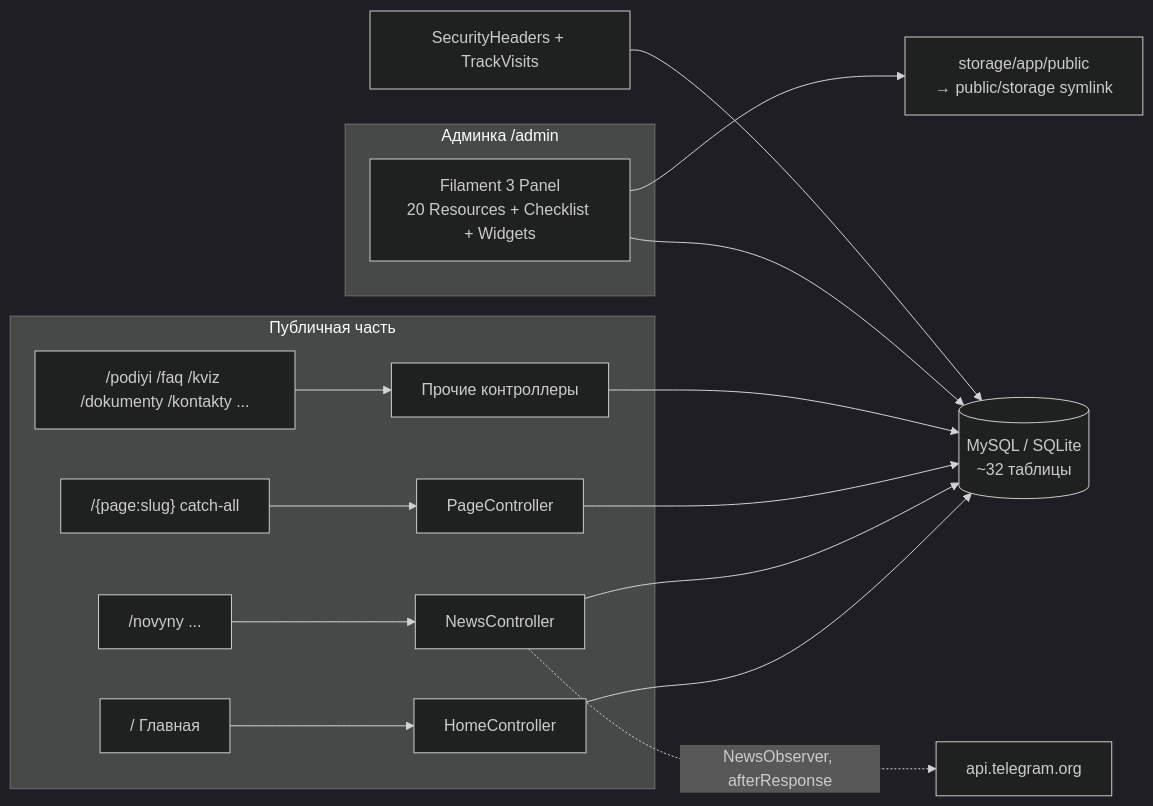
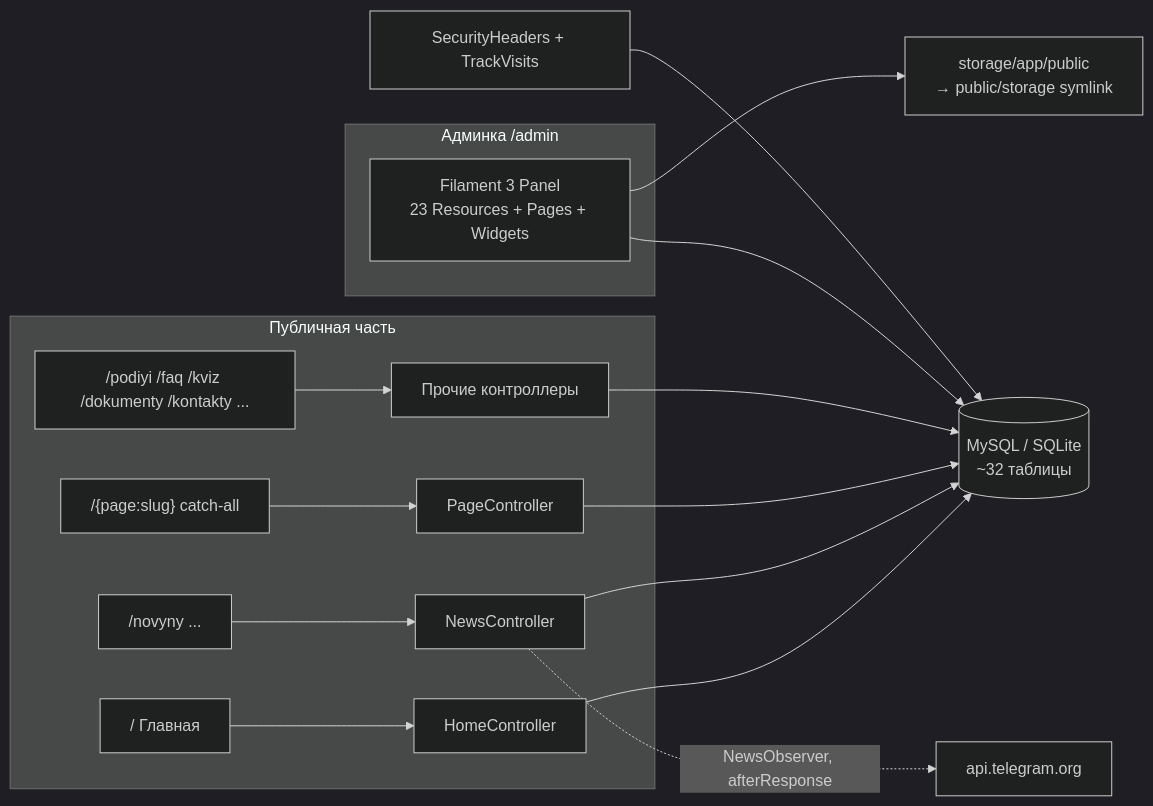
One commit to gotthejuicee/otfk changed the diagram in ARCHITECTURE.md. Above: the diagram before and after it, drawn with Mermaid (dark theme). The commit also changed other lines of this file and 12 other files, not shown here.

````diff
--- a/ARCHITECTURE.md
+++ b/ARCHITECTURE.md
@@ -45,17 +45,17 @@
 ```mermaid
 flowchart LR
   subgraph Public["Публичная часть"]
     Home["/ Главная"] --> HomeC[HomeController]
     NewsP["/novyny ..."] --> NewsC[NewsController]
     Pages["/{page:slug} catch-all"] --> PageC[PageController]
     Misc["/podiyi /faq /kviz /dokumenty /kontakty ..."] --> MiscC[Прочие контроллеры]
   end
   subgraph Admin["Админка /admin"]
-    Filament[Filament 3 Panel<br/>20 Resources + Checklist + Widgets]
+    Filament[Filament 3 Panel<br/>23 Resources + Pages + Widgets]
   end
   HomeC & NewsC & PageC & MiscC --> DB[(MySQL / SQLite<br/>~32 таблицы)]
   Filament --> DB
   Filament --> Storage[storage/app/public<br/>→ public/storage symlink]
   NewsC -. NewsObserver, afterResponse .-> TG[api.telegram.org]
   MW[SecurityHeaders + TrackVisits] --> DB
 ```
````
